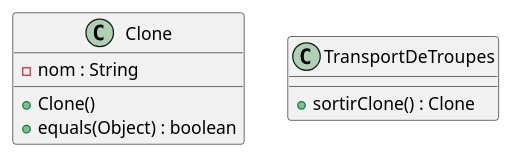
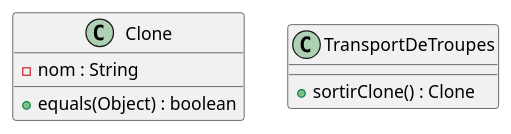
The diagram in src/uml/Prototype.puml (jandry/design-pattern), drawn with PlantUML before and after one commit.

```diff
--- a/src/uml/Prototype.puml
+++ b/src/uml/Prototype.puml
@@ -1,13 +1,12 @@
 @startuml Todo
 
 class Clone {
     - nom : String
-    + Clone()
     + equals(Object) : boolean
 }
 
 class TransportDeTroupes {
     + sortirClone() : Clone
 }
 
 @enduml
```
